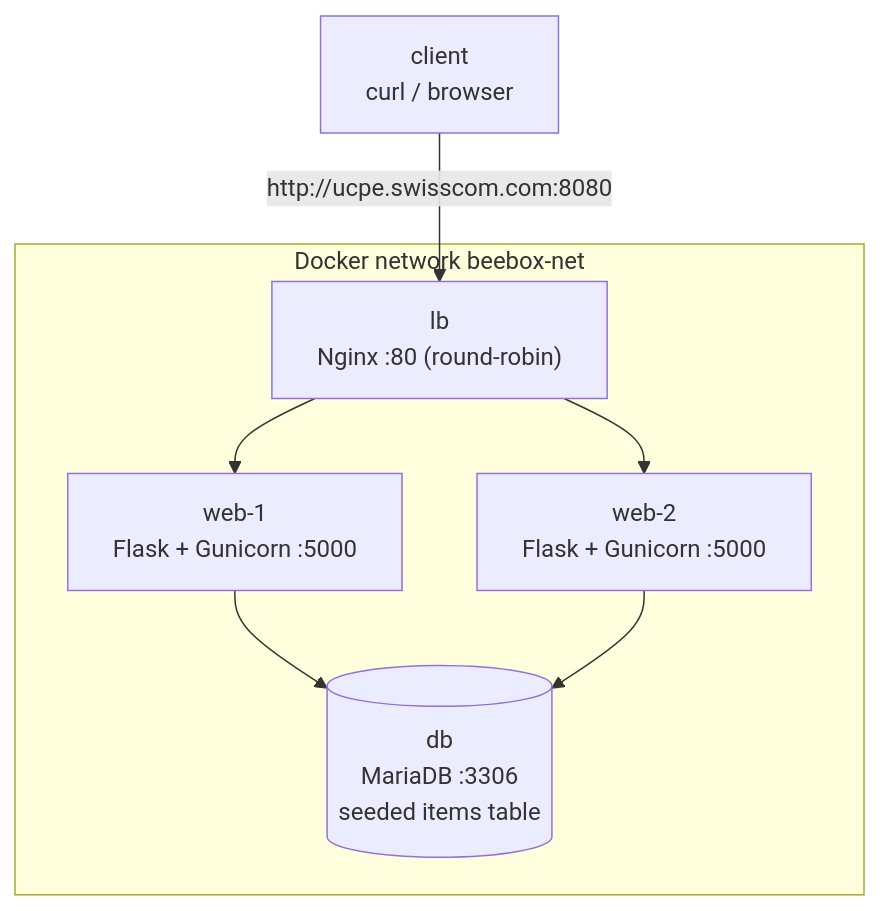
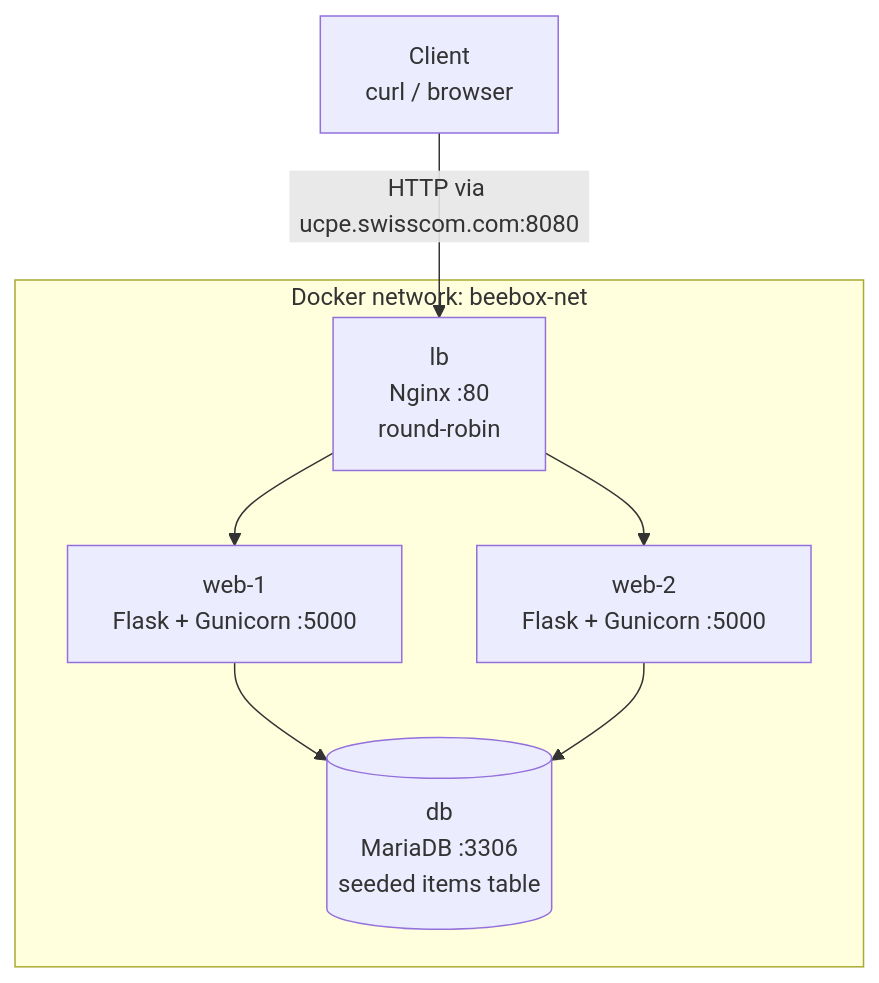
The diagram in README.md (Ghonim88/BeeBox-TechnicalAssignment), drawn with Mermaid before and after one commit. The commit also changed other lines of this file, not shown here.

Commit message:
fixing the Mermaid diagram

````diff
--- a/README.md
+++ b/README.md
@@ -26,14 +26,16 @@
 ```mermaid
 flowchart TD
-    client["client<br/>curl / browser"] -->|"http://ucpe.swisscom.com:8080"| lb
-    subgraph net [Docker network beebox-net]
-        lb["lb<br/>Nginx :80 (round-robin)"]
+    client["Client<br/>curl / browser"]
+    client -->|"HTTP via ucpe.swisscom.com:8080"| lb
+
+    subgraph net["Docker network: beebox-net"]
+        lb["lb<br/>Nginx :80<br/>round-robin"]
         web1["web-1<br/>Flask + Gunicorn :5000"]
         web2["web-2<br/>Flask + Gunicorn :5000"]
         db[("db<br/>MariaDB :3306<br/>seeded items table")]
         lb --> web1
         lb --> web2
         web1 --> db
         web2 --> db
     end
 ```
````
